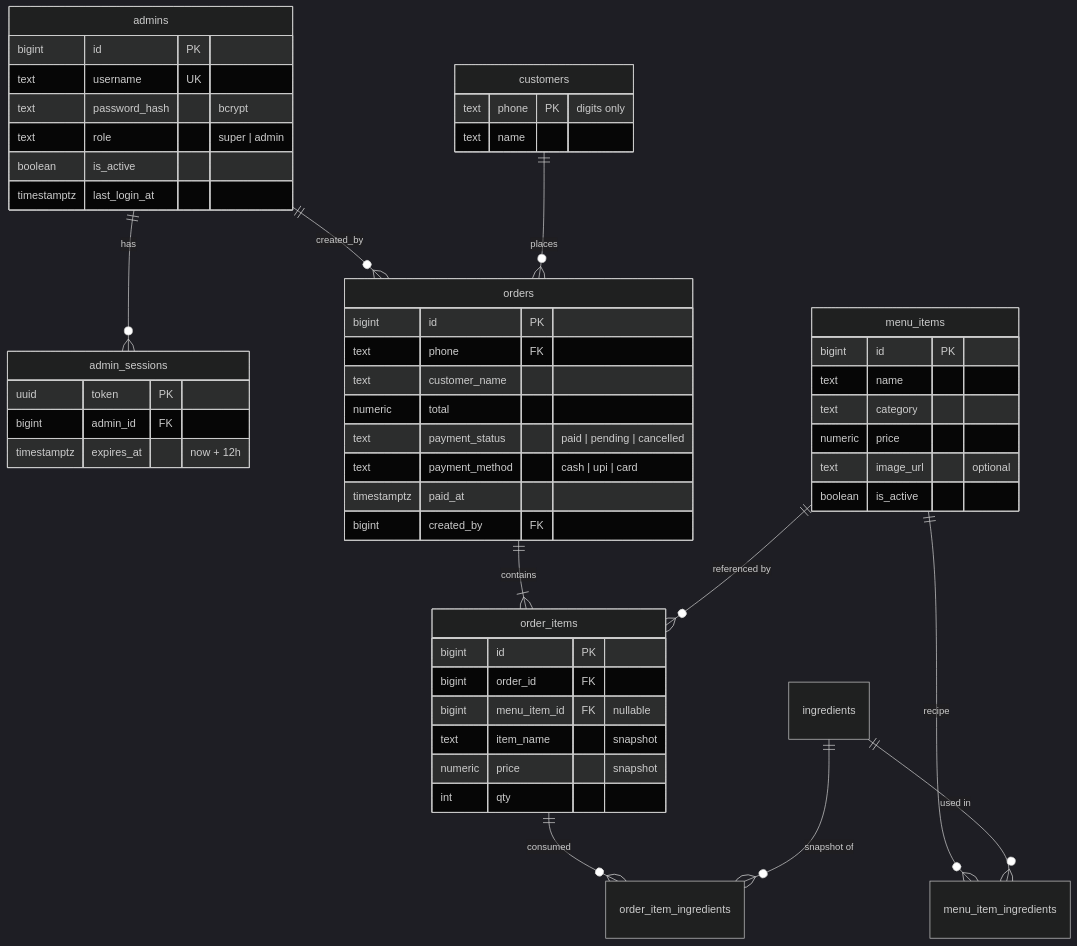
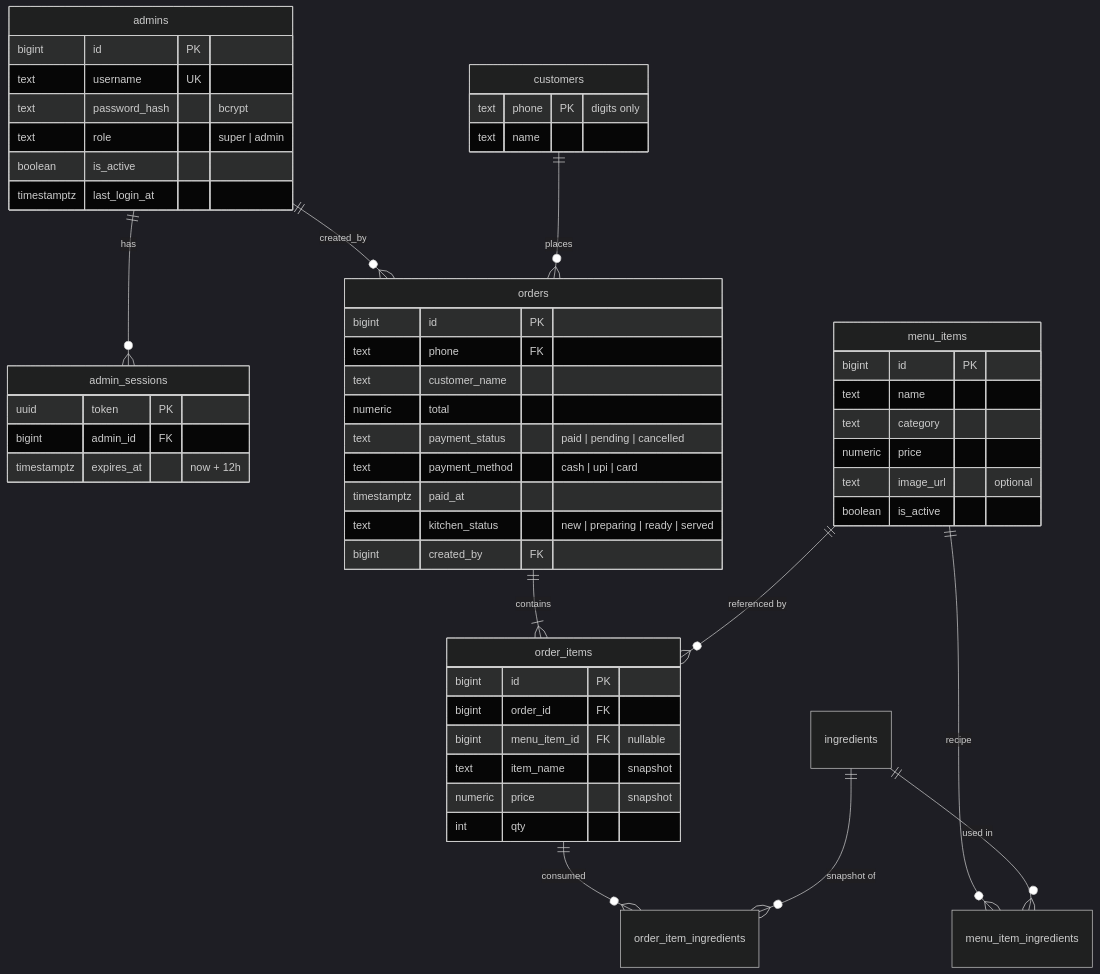
The second of 4 diagrams in docs/ARCHITECTURE.md (ogfoods/pos), drawn with Mermaid (dark theme) before and after one commit. The commit also changed other lines of this file and 18 other files, not shown here.

````diff
--- a/docs/ARCHITECTURE.md
+++ b/docs/ARCHITECTURE.md
@@ -86,56 +87,57 @@
 ```mermaid
 erDiagram
     admins ||--o{ admin_sessions : has
     admins ||--o{ orders : "created_by"
     customers ||--o{ orders : places
     orders ||--|{ order_items : contains
     menu_items ||--o{ order_items : "referenced by"
     menu_items ||--o{ menu_item_ingredients : recipe
     ingredients ||--o{ menu_item_ingredients : "used in"
     order_items ||--o{ order_item_ingredients : consumed
     ingredients ||--o{ order_item_ingredients : "snapshot of"
 
     admins {
         bigint id PK
         text username UK
         text password_hash "bcrypt"
         text role "super | admin"
         boolean is_active
         timestamptz last_login_at
     }
     admin_sessions {
         uuid token PK
         bigint admin_id FK
         timestamptz expires_at "now + 12h"
     }
     menu_items {
         bigint id PK
         text name
         text category
         numeric price
         text image_url "optional"
         boolean is_active
     }
     customers {
         text phone PK "digits only"
         text name
     }
     orders {
         bigint id PK
         text phone FK
         text customer_name
         numeric total
         text payment_status "paid | pending | cancelled"
         text payment_method "cash | upi | card"
         timestamptz paid_at
+        text kitchen_status "new | preparing | ready | served"
         bigint created_by FK
     }
     order_items {
         bigint id PK
         bigint order_id FK
         bigint menu_item_id FK "nullable"
         text item_name "snapshot"
         numeric price "snapshot"
         int qty
     }
 ```
````
